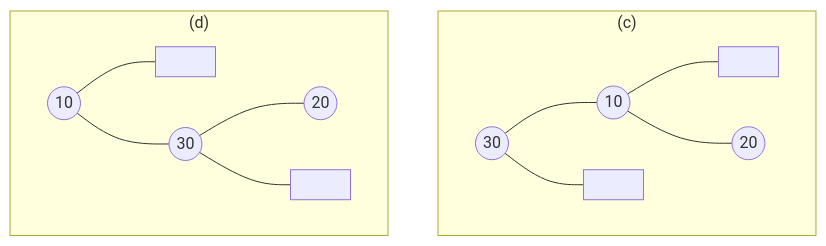
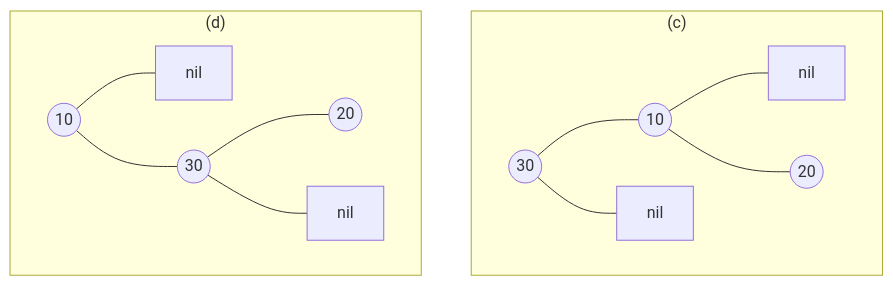
The second of 3 diagrams in docs/ch35-balanced-trees/exercises.md (dongzhaohe321418-lab/programming-handbook), drawn with Mermaid before and after one commit. The commit also changed other lines of this file and 19 other files, not shown here.

First line of the commit message:
Add Chapter 27 (inference infrastructure), 37 (graphs), 38 (linear-time sorting)

````diff
--- a/docs/ch35-balanced-trees/exercises.md
+++ b/docs/ch35-balanced-trees/exercises.md
@@ -31,15 +31,15 @@
 ```mermaid
 flowchart TD
     subgraph C["(c)"]
         c1((30)) --- c2((10))
-        c1 --- cn1[" "]
-        c2 --- cn2[" "]
+        c1 --- cn1["nil"]
+        c2 --- cn2["nil"]
         c2 --- c3((20))
     end
     subgraph D["(d)"]
-        d1((10)) --- dn1[" "]
+        d1((10)) --- dn1["nil"]
         d1 --- d2((30))
         d2 --- d3((20))
-        d2 --- dn2[" "]
+        d2 --- dn2["nil"]
     end
 ```
````
